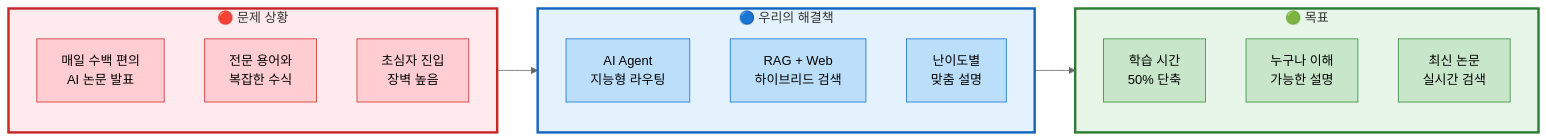
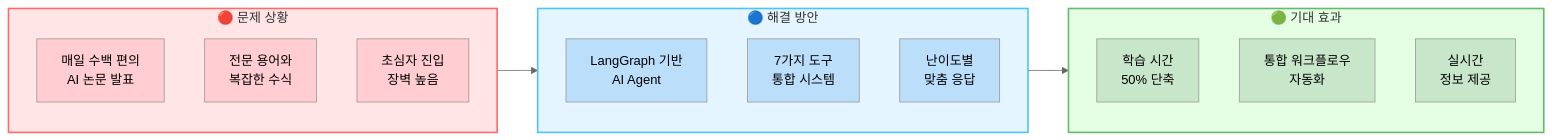
Before and after one commit to AIBootcamp14/langchainproject-new-langchainproject_5: the first of 4 diagrams in docs/PPT/new/01_프로젝트_개요.md, drawn with Mermaid (neutral theme). The commit also changed other lines of this file, not shown here.

````diff
--- a/docs/PPT/new/01_프로젝트_개요.md
+++ b/docs/PPT/new/01_프로젝트_개요.md
@@ -102,43 +84,41 @@
 ```mermaid
 graph LR
     subgraph Problem["🔴 문제 상황"]
         direction TB
         P1[매일 수백 편의<br/>AI 논문 발표]
         P2[전문 용어와<br/>복잡한 수식]
         P3[초심자 진입<br/>장벽 높음]
     end
 
-    subgraph Solution["🔵 우리의 해결책"]
+    subgraph Solution["🔵 해결 방안"]
         direction TB
-        S1[AI Agent<br/>지능형 라우팅]
-        S2[RAG + Web<br/>하이브리드 검색]
-        S3[난이도별<br/>맞춤 설명]
+        S1[LangGraph 기반<br/>AI Agent]
+        S2[7가지 도구<br/>통합 시스템]
+        S3[난이도별<br/>맞춤 응답]
     end
 
-    subgraph Goal["🟢 목표"]
+    subgraph Goal["🟢 기대 효과"]
         direction TB
         G1[학습 시간<br/>50% 단축]
-        G2[누구나 이해<br/>가능한 설명]
-        G3[최신 논문<br/>실시간 검색]
+        G2[통합 워크플로우<br/>자동화]
+        G3[실시간<br/>정보 제공]
     end
 
     Problem --> Solution
     Solution --> Goal
 
-    %% 스타일링
-    style Problem fill:#ffebee,stroke:#c62828,stroke-width:3px
-    style Solution fill:#e3f2fd,stroke:#1565c0,stroke-width:3px
-    style Goal fill:#e8f5e9,stroke:#2e7d32,stroke-width:3px
+    %% 스타일링 - mermaid_style.md 참조
+    style Problem fill:#FFE5E5,stroke:#FF6B6B,stroke-width:2px
+    style Solution fill:#E5F5FF,stroke:#4FC3F7,stroke-width:2px
+    style Goal fill:#E5FFE5,stroke:#66BB6A,stroke-width:2px
 
-    style P1 fill:#ffcdd2,stroke:#d32f2f,color:#000
-    style P2 fill:#ffcdd2,stroke:#d32f2f,color:#000
-    style P3 fill:#ffcdd2,stroke:#d32f2f,color:#000
-
-    style S1 fill:#bbdefb,stroke:#1976d2,color:#000
-    style S2 fill:#bbdefb,stroke:#1976d2,color:#000
-    style S3 fill:#bbdefb,stroke:#1976d2,color:#000
-
-    style G1 fill:#c8e6c9,stroke:#388e3c,color:#000
-    style G2 fill:#c8e6c9,stroke:#388e3c,color:#000
-    style G3 fill:#c8e6c9,stroke:#388e3c,color:#000
+    style P1 fill:#FFCDD2,color:#000
+    style P2 fill:#FFCDD2,color:#000
+    style P3 fill:#FFCDD2,color:#000
+    style S1 fill:#BBDEFB,color:#000
+    style S2 fill:#BBDEFB,color:#000
+    style S3 fill:#BBDEFB,color:#000
+    style G1 fill:#C8E6C9,color:#000
+    style G2 fill:#C8E6C9,color:#000
+    style G3 fill:#C8E6C9,color:#000
 ```
````
